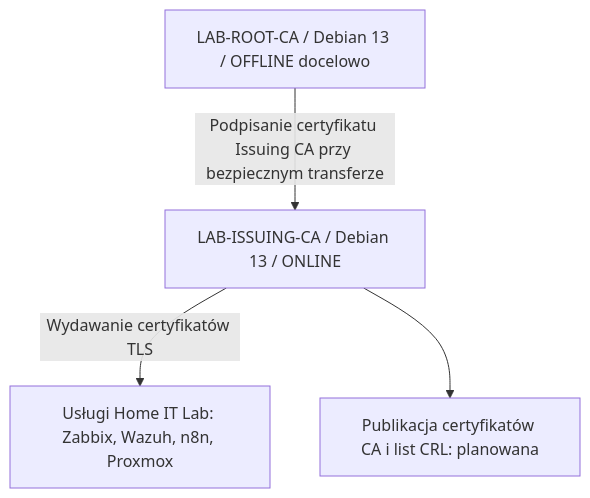
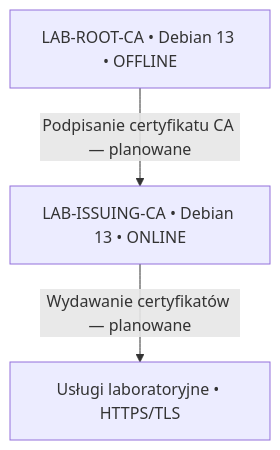
One commit to ctworzewski/home-it-lab changed the diagram in network-security/Certificates/01-Two-Tier-PKI-Deployment/README.md. Above: the diagram before and after it, drawn with Mermaid. The commit also changed other lines of this file and 7 other files, not shown here.

````diff
--- a/network-security/Certificates/01-Two-Tier-PKI-Deployment/README.md
+++ b/network-security/Certificates/01-Two-Tier-PKI-Deployment/README.md
@@ -11,10 +15,8 @@
 ```mermaid
 flowchart TD
-    R[LAB-ROOT-CA / Debian 13 / OFFLINE docelowo]
-    I[LAB-ISSUING-CA / Debian 13 / ONLINE]
-    S[Usługi Home IT Lab: Zabbix, Wazuh, n8n, Proxmox]
-    P[Publikacja certyfikatów CA i list CRL: planowana]
-    R -->|Podpisanie certyfikatu Issuing CA przy bezpiecznym transferze| I
-    I -->|Wydawanie certyfikatów TLS| S
-    I --> P
+    ROOT["LAB-ROOT-CA • Debian 13 • OFFLINE"]
+    ISS["LAB-ISSUING-CA • Debian 13 • ONLINE"]
+    SRV["Usługi laboratoryjne • HTTPS/TLS"]
+    ROOT -->|"Podpisanie certyfikatu CA — planowane"| ISS
+    ISS -->|"Wydawanie certyfikatów — planowane"| SRV
 ```
````
